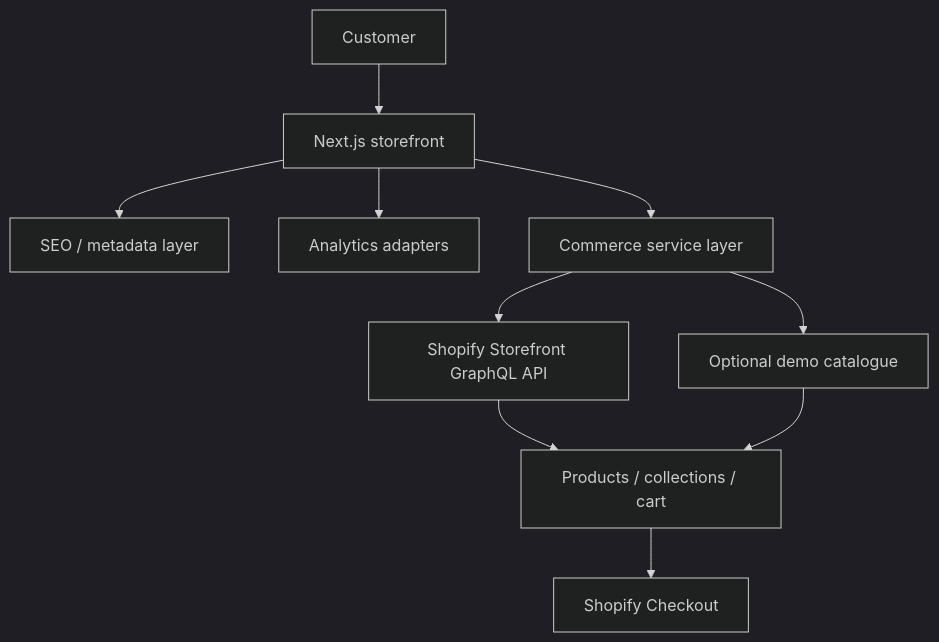
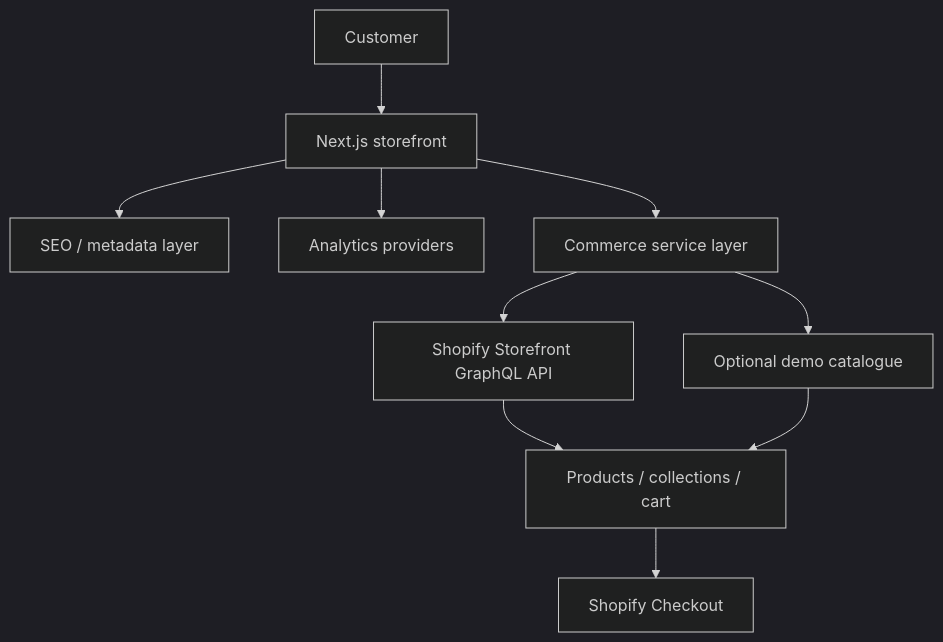
The diagram in README.md (karinehei/paw_pine-_commerce), drawn with Mermaid (dark theme) before and after one commit. The commit also changed other lines of this file and 26 other files, not shown here.

````diff
--- a/README.md
+++ b/README.md
@@ -28,22 +28,22 @@
 ```mermaid
 flowchart TD
   customer[Customer]
   nextjs[Next.js storefront]
   seo[SEO / metadata layer]
-  analytics[Analytics adapters]
+  analytics[Analytics providers]
   commerce[Commerce service layer]
   shopifyApi[Shopify Storefront GraphQL API]
   demo[Optional demo catalogue]
   primitives[Products / collections / cart]
   checkout[Shopify Checkout]
 
   customer --> nextjs
   nextjs --> seo
   nextjs --> analytics
   nextjs --> commerce
   commerce --> shopifyApi
   commerce --> demo
   shopifyApi --> primitives
   demo --> primitives
   primitives --> checkout
 ```
````
